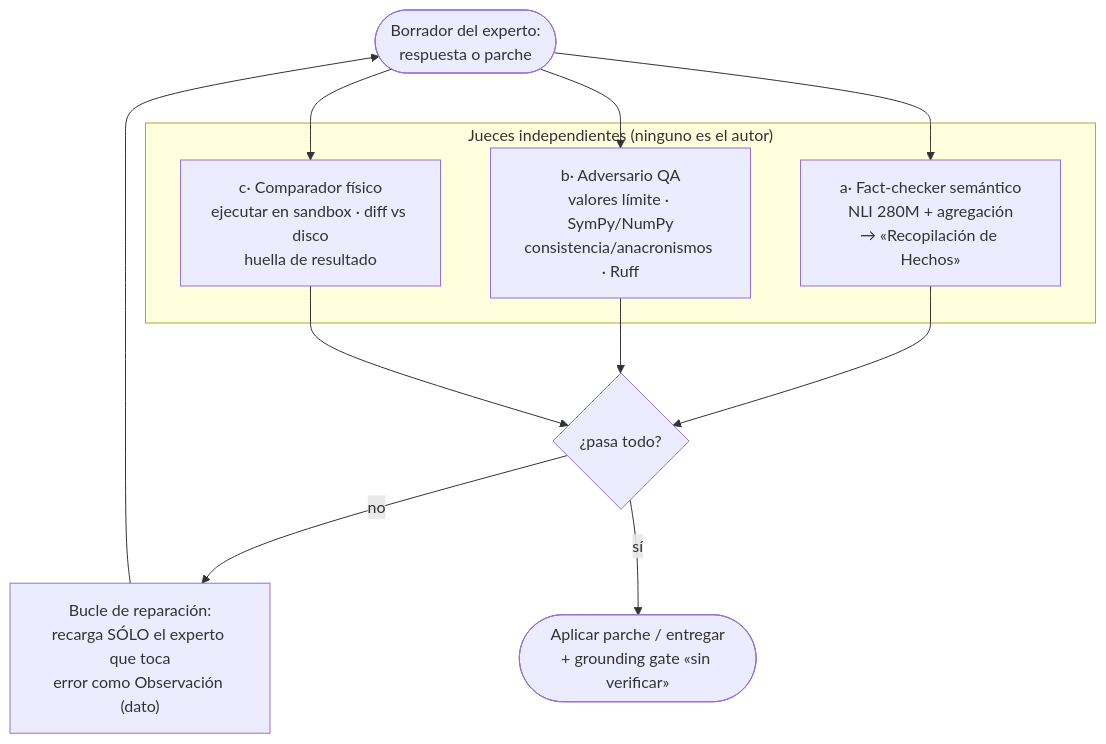
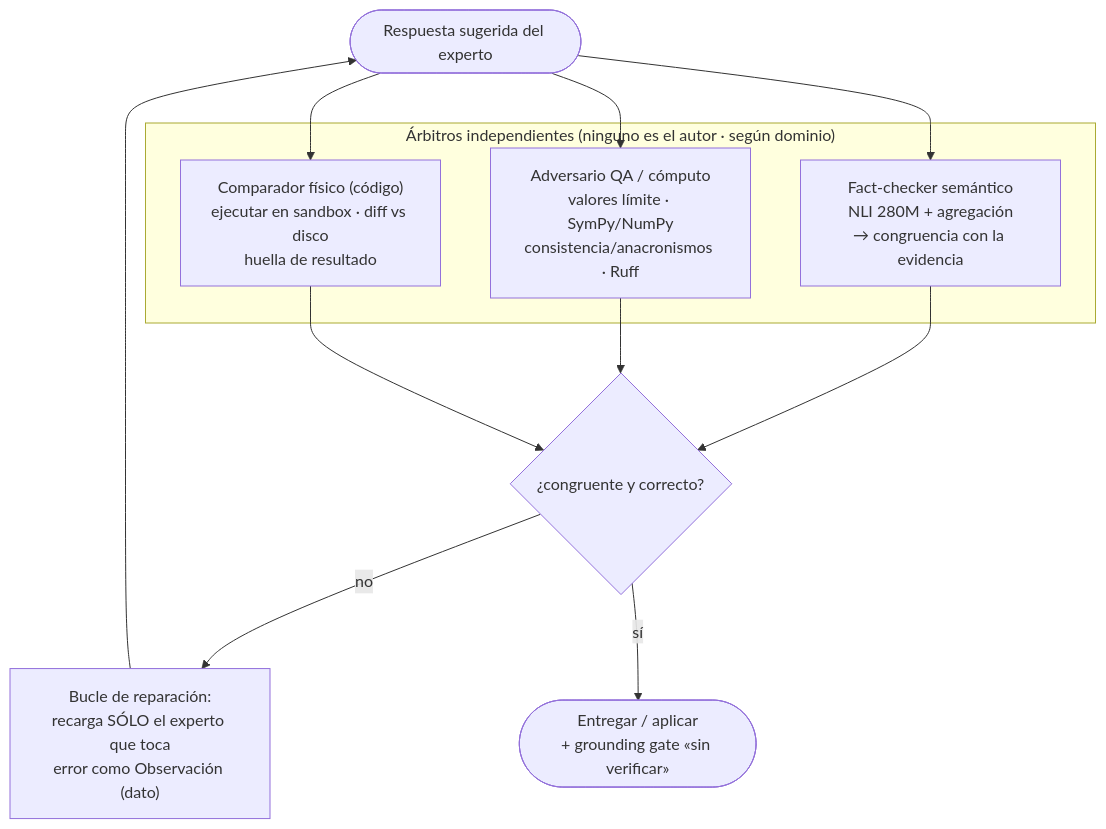
Before and after one commit to DeliVali/AIDAM: the sixth of 7 diagrams in docs/DIAGRAMAS.md, drawn with Mermaid. The commit also changed other lines of this file and 4 other files, not shown here.

First line of the commit message:
docs: make the adaptive Multi-SLM architecture canonical

````diff
--- a/docs/DIAGRAMAS.md
+++ b/docs/DIAGRAMAS.md
@@ -216,18 +213,18 @@
 ```mermaid
 flowchart TD
-    DRAFT(["Borrador del experto:<br/>respuesta o parche"])
-    subgraph JUECES["Jueces independientes (ninguno es el autor)"]
-        J1["a· Fact-checker semántico<br/>NLI 280M + agregación<br/>→ «Recopilación de Hechos»"]
-        J2["b· Adversario QA<br/>valores límite · SymPy/NumPy<br/>consistencia/anacronismos · Ruff"]
-        J3["c· Comparador físico<br/>ejecutar en sandbox · diff vs disco<br/>huella de resultado"]
+    DRAFT(["Respuesta sugerida del experto"])
+    subgraph JUECES["Árbitros independientes (ninguno es el autor · según dominio)"]
+        J1["Fact-checker semántico<br/>NLI 280M + agregación<br/>→ congruencia con la evidencia"]
+        J2["Adversario QA / cómputo<br/>valores límite · SymPy/NumPy<br/>consistencia/anacronismos · Ruff"]
+        J3["Comparador físico (código)<br/>ejecutar en sandbox · diff vs disco<br/>huella de resultado"]
     end
     DRAFT --> J1
     DRAFT --> J2
     DRAFT --> J3
-    J1 --> DEC{"¿pasa todo?"}
+    J1 --> DEC{"¿congruente y correcto?"}
     J2 --> DEC
     J3 --> DEC
     DEC -->|no| FIX["Bucle de reparación:<br/>recarga SÓLO el experto que toca<br/>error como Observación (dato)"]
     FIX --> DRAFT
-    DEC -->|sí| APPLY(["Aplicar parche / entregar<br/>+ grounding gate «sin verificar»"])
+    DEC -->|sí| APPLY(["Entregar / aplicar<br/>+ grounding gate «sin verificar»"])
 ```
````
